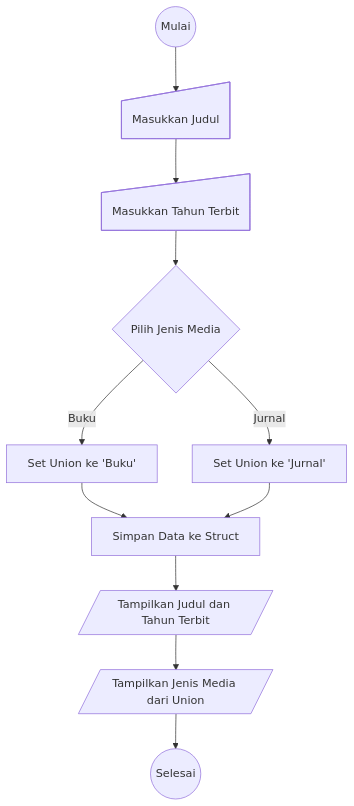
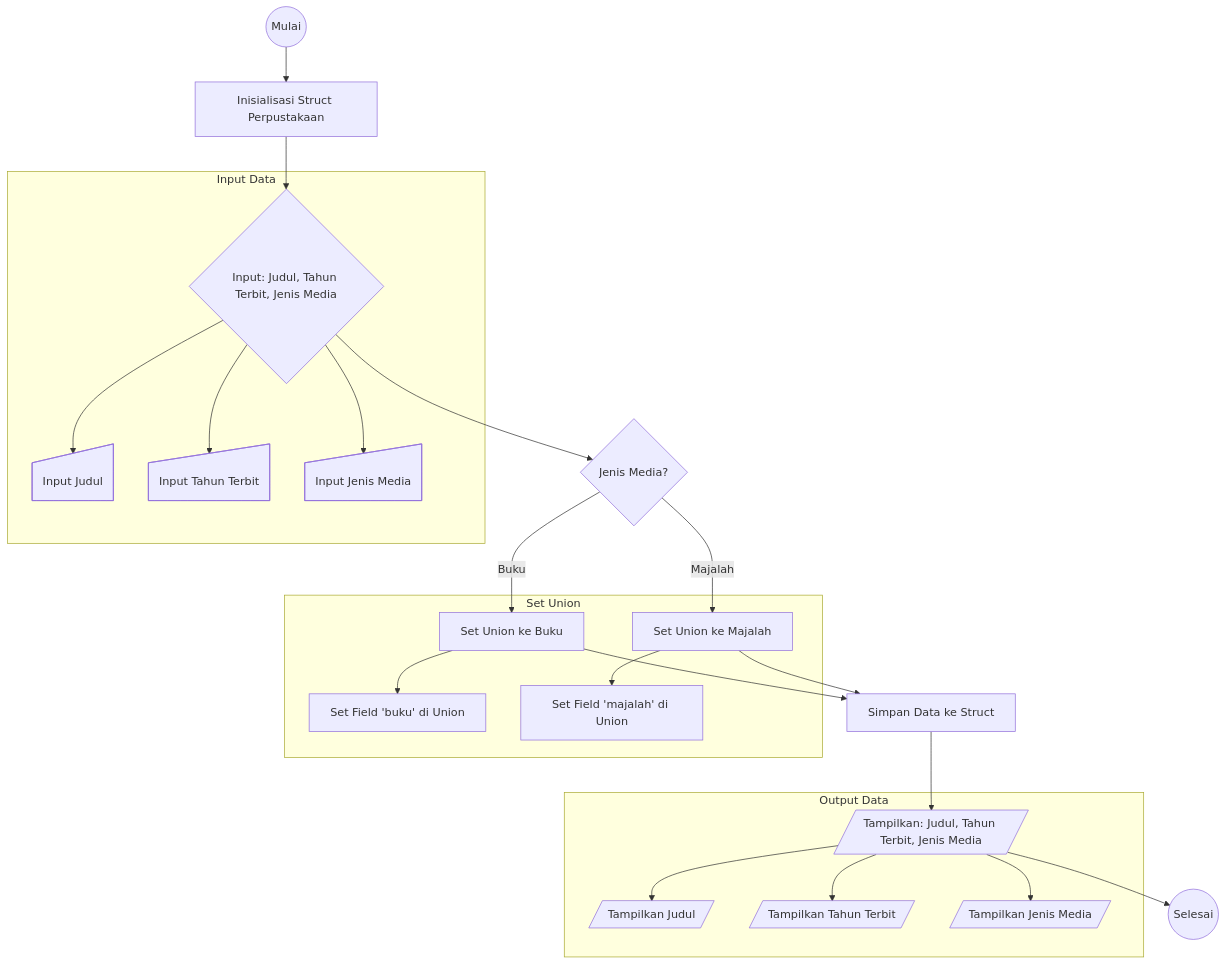
Before and after one commit to alfianchii/COLLEGE_TASK-Term-One-LEC-AnP-TA1-280424_Task-1: the diagram in library-flowchart.md, drawn with Mermaid.

Commit message:
feat: make it modular for each process; input, set, and output

````diff
--- a/library-flowchart.md
+++ b/library-flowchart.md
@@ -1,13 +1,32 @@
 ```mermaid
 flowchart TD
-    A@{ shape: circle, label: "Mulai" } --> B@{ shape: sl-rect, label: "Masukkan Judul" }
-    B --> C@{ shape: sl-rect, label: "Masukkan Tahun Terbit" }
-    C --> D{Pilih Jenis Media}
-    D -->|Buku| E[Set Union ke 'Buku']
-    D -->|Jurnal| F[Set Union ke 'Jurnal']
+    A@{ shape: circle, label: "Mulai" } --> B[Inisialisasi Struct Perpustakaan]
+    B --> C{Input: Judul, Tahun Terbit, Jenis Media}
+
+    subgraph "Input Data"
+        C --> C1@{ shape: sl-rect, label: "Input Judul" }
+        C --> C2@{ shape: sl-rect, label: "Input Tahun Terbit" }
+        C --> C3@{ shape: sl-rect, label: "Input Jenis Media" }
+    end
+
+    C --> D{Jenis Media?}
+    D -->|Buku| E[Set Union ke Buku]
+    D -->|Majalah| F[Set Union ke Majalah]
+
+    subgraph "Set Union"
+        E --> E1[Set Field 'buku' di Union]
+        F --> F1[Set Field 'majalah' di Union]
+    end
+
     E --> G[Simpan Data ke Struct]
     F --> G
-    G --> H@{ shape: lean-r, label: "Tampilkan Judul dan Tahun Terbit"}
-    H --> I@{ shape: lean-r, label: "Tampilkan Jenis Media dari Union" }
-    I --> J@{ shape: circle, label: "Selesai" }
+    G --> H@{ shape: lean-r, label: "Tampilkan: Judul, Tahun Terbit, Jenis Media" }
+
+    subgraph "Output Data"
+        H --> H1@{ shape: lean-r, label: "Tampilkan Judul" }
+        H --> H2@{ shape: lean-r, label: "Tampilkan Tahun Terbit" }
+        H --> H3@{ shape: lean-r, label: "Tampilkan Jenis Media" }
+    end
+    
+    H --> I@{ shape: circle, label: "Selesai" }
 ```
````
